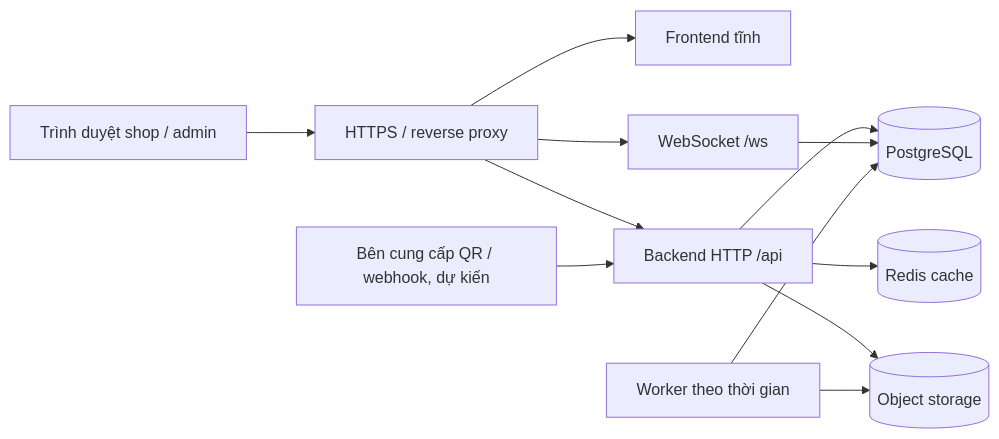
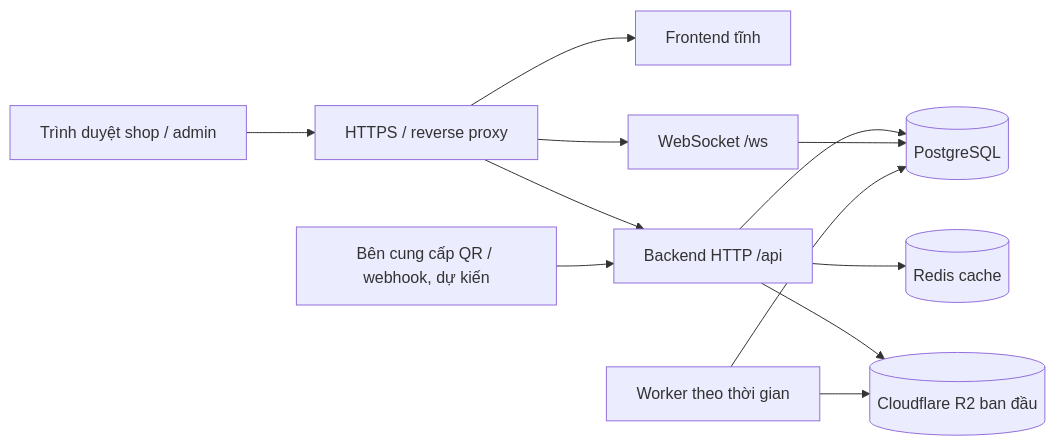
Before and after one commit to LeDuyQuan1911/setupSourceVibeCode: the diagram in docs/6_architecture.md, drawn with Mermaid. The commit also changed other lines of this file and 91 other files, not shown here.

````diff
--- a/docs/6_architecture.md
+++ b/docs/6_architecture.md
@@ -11,14 +11,14 @@
 ```mermaid
 flowchart LR
   Browser[Trình duyệt shop / admin] --> Edge[HTTPS / reverse proxy]
   Edge --> Frontend[Frontend tĩnh]
   Edge --> API[Backend HTTP /api]
   Edge --> Realtime[WebSocket /ws]
   API --> DB[(PostgreSQL)]
   API --> Cache[(Redis cache)]
   Realtime --> DB
-  API --> Media[(Object storage)]
+  API --> Media[(Cloudflare R2 ban đầu)]
   PaymentProvider[Bên cung cấp QR / webhook, dự kiến] --> API
   Worker[Worker theo thời gian] --> DB
   Worker --> Media
 ```
````
